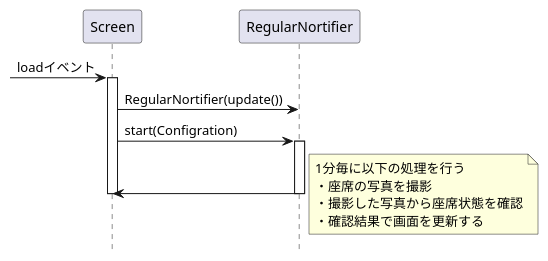
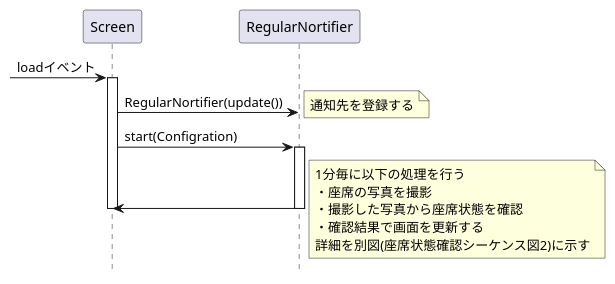
The diagram in doc/詳細設計/構成図(.pu)/座席状態確認シーケンス図.pu (KeisukeSugita/Seat-monitoring-system), drawn with PlantUML before and after one commit. The commit also changed 1 other file, not shown here.

```diff
--- a/doc/詳細設計/構成図(.pu)/座席状態確認シーケンス図.pu
+++ b/doc/詳細設計/構成図(.pu)/座席状態確認シーケンス図.pu
@@ -1,23 +1,27 @@
 @startuml 座席状態確認シーケンス図
 hide footbox
 
 participant "Screen" as Screen
 participant "RegularNortifier" as RegularNortifier
 
 -> Screen :loadイベント
 activate Screen
 Screen -> RegularNortifier :RegularNortifier(update())
+note right
+	通知先を登録する
+end note
 
 Screen -> RegularNortifier :start(Configration)
 activate RegularNortifier
 Screen <- RegularNortifier
 deactivate RegularNortifier
 deactivate Screen
 note right
 	1分毎に以下の処理を行う
 	・座席の写真を撮影
 	・撮影した写真から座席状態を確認
 	・確認結果で画面を更新する
+	詳細を別図(座席状態確認シーケンス図2)に示す
 end note
 
 @enduml
```
